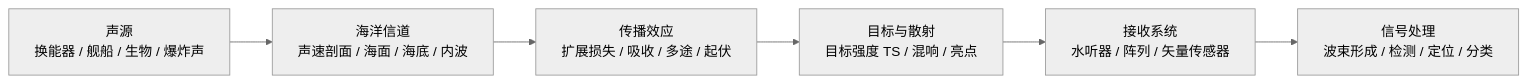
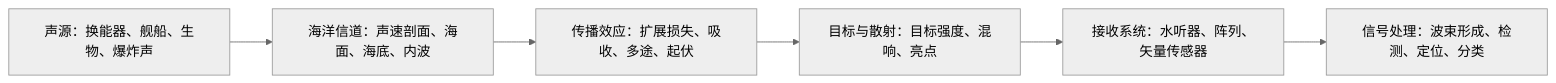
Before and after one commit to SatelliteCoder/Underwater-Acoustics-Learning: the first of 7 diagrams in docs/水声学原理概念参数原理汇总.md, drawn with Mermaid (neutral theme). The commit also changed other lines of this file, not shown here.

Commit message:
fix mermaid diagram rendering

````diff
--- a/docs/水声学原理概念参数原理汇总.md
+++ b/docs/水声学原理概念参数原理汇总.md
@@ -9,8 +9,8 @@
 ```mermaid
 flowchart LR
-    A["声源<br/>换能器 / 舰船 / 生物 / 爆炸声"] --> B["海洋信道<br/>声速剖面 / 海面 / 海底 / 内波"]
-    B --> C["传播效应<br/>扩展损失 / 吸收 / 多途 / 起伏"]
-    C --> D["目标与散射<br/>目标强度 TS / 混响 / 亮点"]
-    D --> E["接收系统<br/>水听器 / 阵列 / 矢量传感器"]
-    E --> F["信号处理<br/>波束形成 / 检测 / 定位 / 分类"]
+    A["声源：换能器、舰船、生物、爆炸声"] --> B["海洋信道：声速剖面、海面、海底、内波"]
+    B --> C["传播效应：扩展损失、吸收、多途、起伏"]
+    C --> D["目标与散射：目标强度、混响、亮点"]
+    D --> E["接收系统：水听器、阵列、矢量传感器"]
+    E --> F["信号处理：波束形成、检测、定位、分类"]
 ```
````
